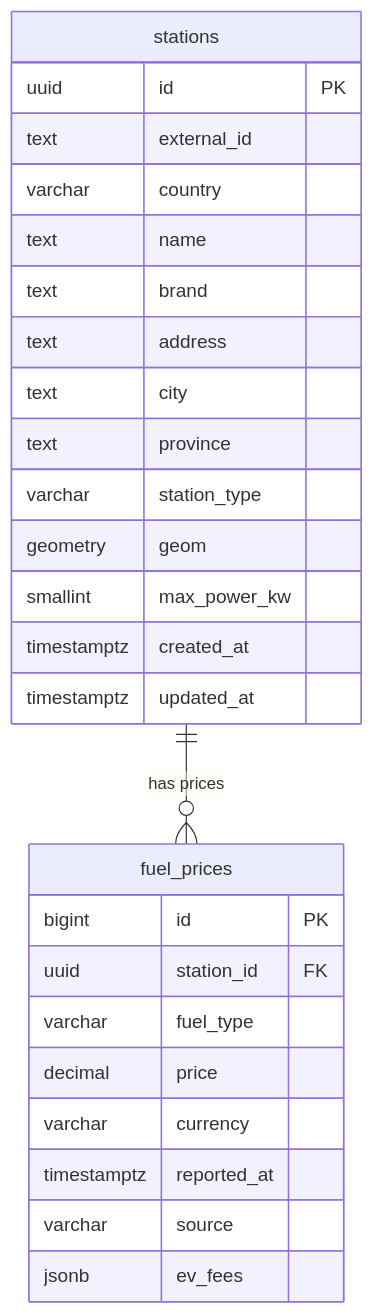
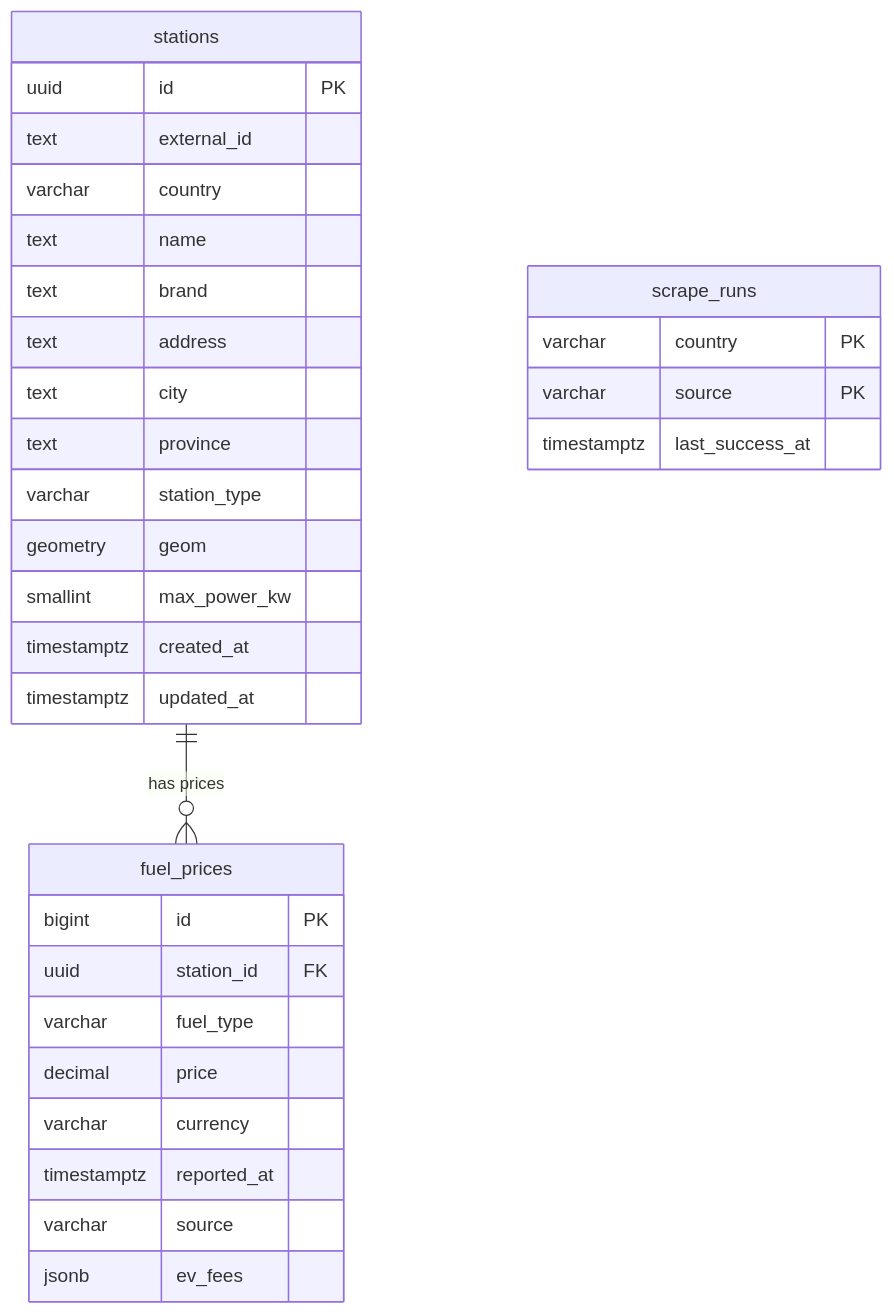
Before and after one commit to GeiserX/Pumperly: the diagram in docs/reference/data-model.md, drawn with Mermaid. The commit also changed other lines of this file and 35 other files, not shown here.

````diff
--- a/docs/reference/data-model.md
+++ b/docs/reference/data-model.md
@@ -10,29 +11,34 @@
 ```mermaid
 erDiagram
     stations ||--o{ fuel_prices : "has prices"
     stations {
         uuid id PK
         text external_id
         varchar country
         text name
         text brand
         text address
         text city
         text province
         varchar station_type
         geometry geom
         smallint max_power_kw
         timestamptz created_at
         timestamptz updated_at
     }
     fuel_prices {
         bigint id PK
         uuid station_id FK
         varchar fuel_type
         decimal price
         varchar currency
         timestamptz reported_at
         varchar source
         jsonb ev_fees
     }
+    scrape_runs {
+        varchar country PK
+        varchar source PK
+        timestamptz last_success_at
+    }
 ```
````
